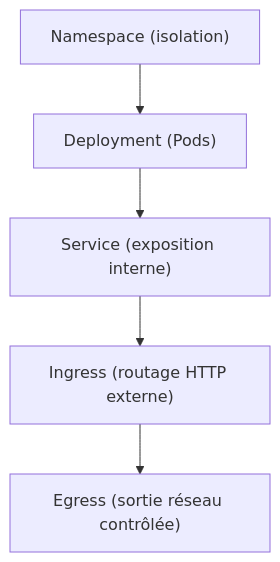
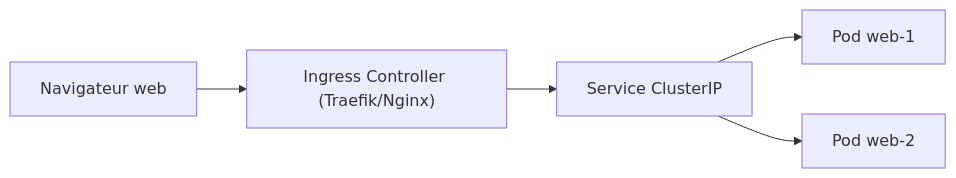
One commit to sountrust/MICSI_A4 changed the fourth of 5 diagrams in CM2.md. Above: the diagram before and after it, drawn with Mermaid. The commit also changed other lines of this file and 2 other files, not shown here.

Commit message:
CM2 réécrit pour introduire K8S (histoire et architecture) puis reprndre les notions de namespace

````diff
--- a/CM2.md
+++ b/CM2.md
@@ -114,7 +571,7 @@
 ```mermaid
-flowchart TD
-  A["Namespace (isolation)"] --> B["Deployment (Pods)"]
-  B --> C["Service (exposition interne)"]
-  C --> D["Ingress (routage HTTP externe)"]
-  D --> E["Egress (sortie réseau contrôlée)"]
+graph LR
+User["Navigateur web"] --> Ingress["Ingress Controller (Traefik/Nginx)"]
+Ingress --> Service["Service ClusterIP"]
+Service --> Pod1["Pod web-1"]
+Service --> Pod2["Pod web-2"]
 ```
````
